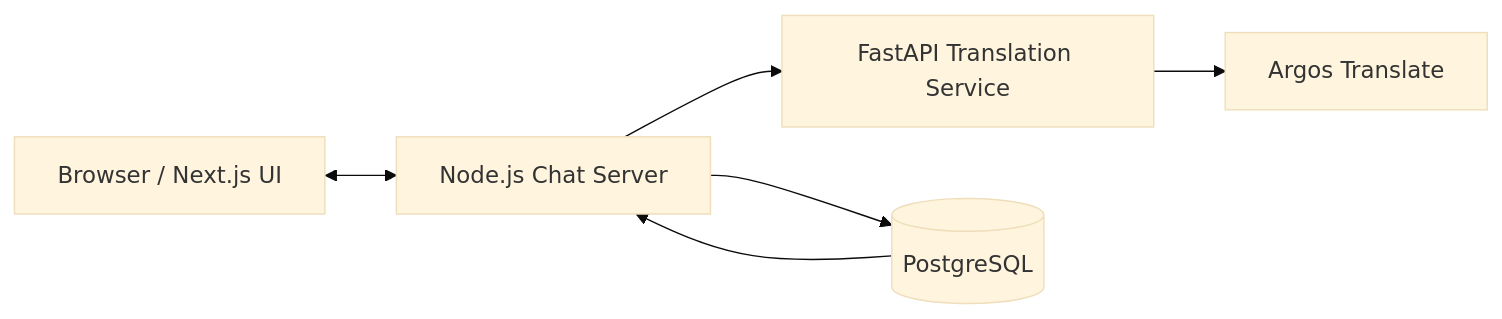
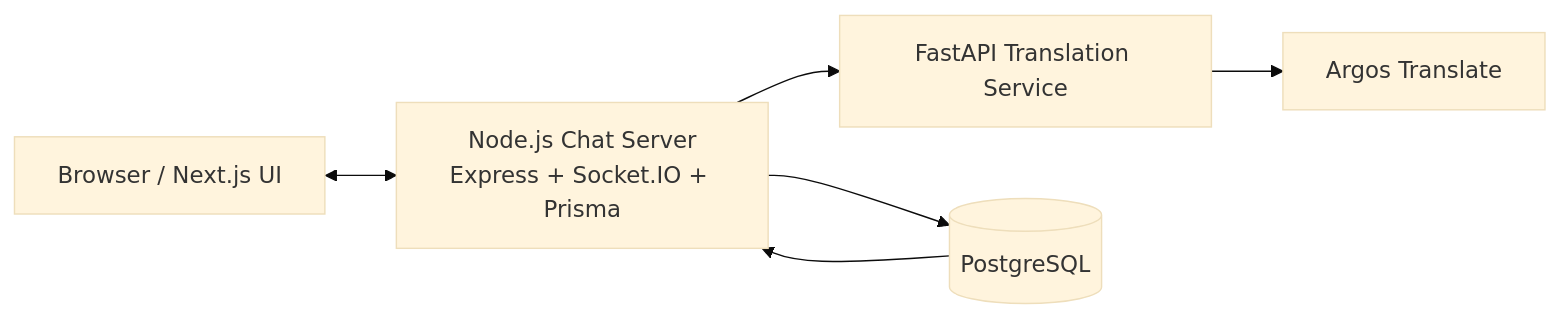
The first of 2 diagrams in README.md (akitouemura-lab/trans-chat), drawn with Mermaid (base theme) before and after one commit. The commit also changed other lines of this file, not shown here.

````diff
--- a/README.md
+++ b/README.md
@@ -33,14 +106,14 @@
 ```mermaid
 flowchart LR
-    Browser[Browser / Next.js UI]
-    ChatServer[Node.js Chat Server]
-    TranslateService[FastAPI Translation Service]
-    TranslationEngine[Argos Translate]
-    Database[(PostgreSQL)]
+    Browser["Browser / Next.js UI"]
+    ChatServer["Node.js Chat Server<br/>Express + Socket.IO + Prisma"]
+    TranslateService["FastAPI Translation Service"]
+    TranslationEngine["Argos Translate"]
+    Database[("PostgreSQL")]
 
     Browser <--> ChatServer
     ChatServer --> TranslateService
     TranslateService --> TranslationEngine
     ChatServer --> Database
     Database --> ChatServer
 ```
````
